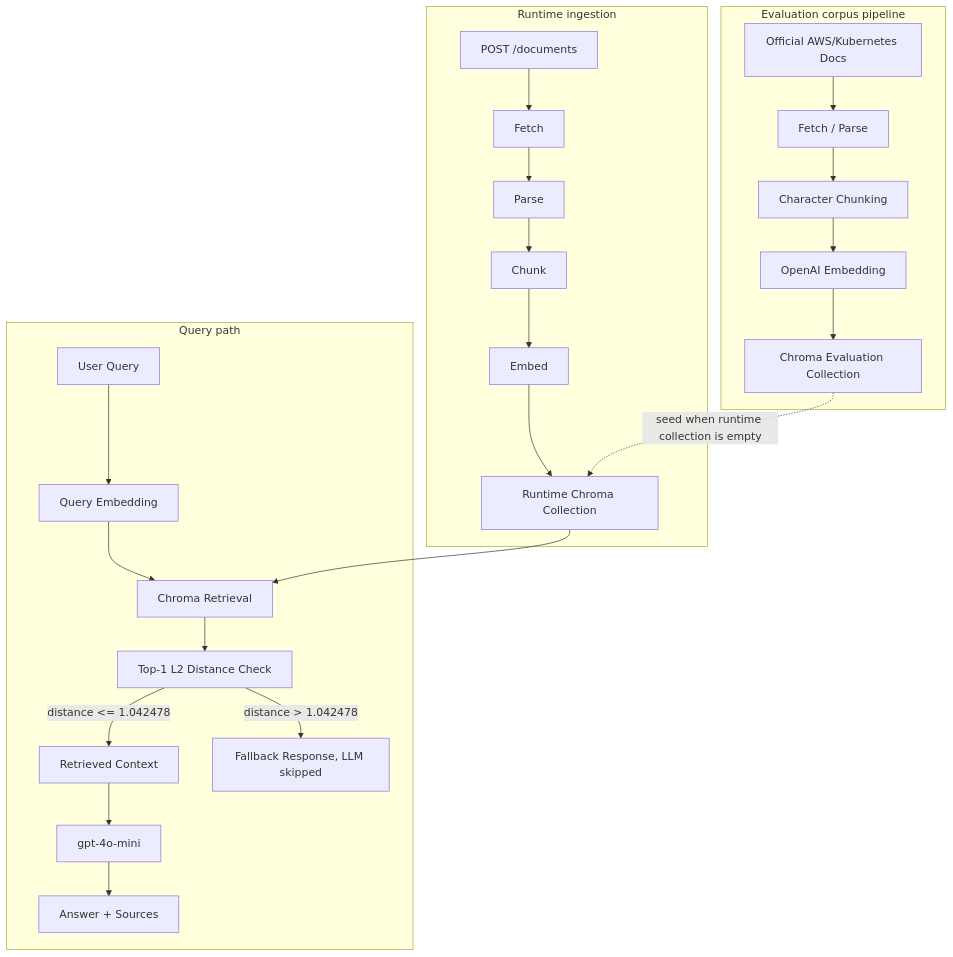
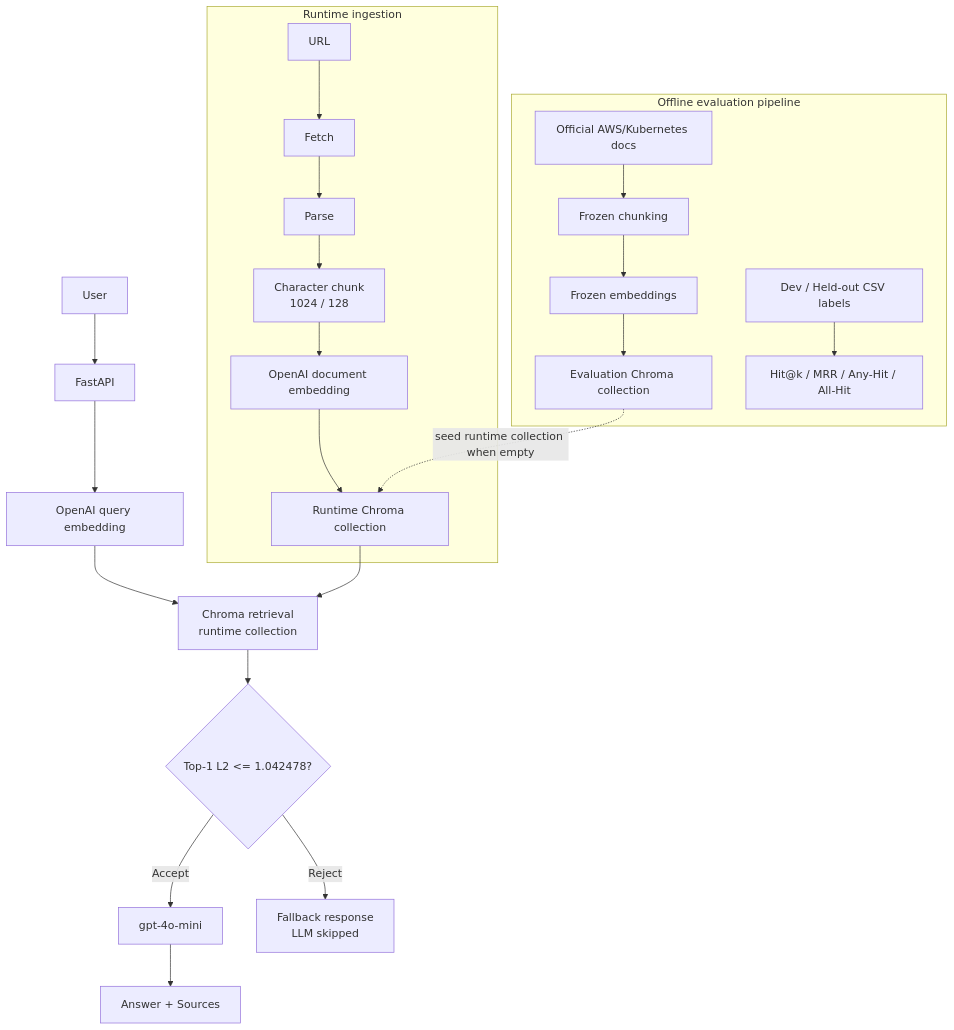
The diagram in README.md (andrewkimswe/cloudops-rag), drawn with Mermaid before and after one commit. The commit also changed other lines of this file and 1 other file, not shown here.

````diff
--- a/README.md
+++ b/README.md
@@ -92,30 +66,28 @@
 ```mermaid
 flowchart TD
-  subgraph Offline["Evaluation corpus pipeline"]
-    A["Official AWS/Kubernetes Docs"] --> B["Fetch / Parse"]
-    B --> C["Character Chunking"]
-    C --> D["OpenAI Embedding"]
-    D --> E["Chroma Evaluation Collection"]
+  User["User"] --> API["FastAPI"]
+  API --> QueryEmbed["OpenAI query embedding"]
+  QueryEmbed --> Retrieval["Chroma retrieval<br/>runtime collection"]
+  Retrieval --> Threshold{"Top-1 L2 <= 1.042478?"}
+  Threshold -->|Accept| LLM["gpt-4o-mini"]
+  LLM --> Answer["Answer + Sources"]
+  Threshold -->|Reject| Fallback["Fallback response<br/>LLM skipped"]
+
+  subgraph RuntimeIngestion["Runtime ingestion"]
+    URL["URL"] --> Fetch["Fetch"]
+    Fetch --> Parse["Parse"]
+    Parse --> Chunk["Character chunk<br/>1024 / 128"]
+    Chunk --> Embed["OpenAI document embedding"]
+    Embed --> RuntimeChroma["Runtime Chroma collection"]
   end
 
-  subgraph Query["Query path"]
-    Q["User Query"] --> QE["Query Embedding"]
-    QE --> R["Chroma Retrieval"]
-    R --> T["Top-1 L2 Distance Check"]
-    T -->|distance <= 1.042478| G["Retrieved Context"]
-    G --> L["gpt-4o-mini"]
-    L --> S["Answer + Sources"]
-    T -->|distance > 1.042478| F["Fallback Response, LLM skipped"]
+  subgraph EvaluationPipeline["Offline evaluation pipeline"]
+    Corpus["Official AWS/Kubernetes docs"] --> EvalChunk["Frozen chunking"]
+    EvalChunk --> EvalEmbed["Frozen embeddings"]
+    EvalEmbed --> EvalChroma["Evaluation Chroma collection"]
+    EvalSet["Dev / Held-out CSV labels"] --> Metrics["Hit@k / MRR / Any-Hit / All-Hit"]
   end
 
-  subgraph Runtime["Runtime ingestion"]
-    P["POST /documents"] --> RF["Fetch"]
-    RF --> RP["Parse"]
-    RP --> RC["Chunk"]
-    RC --> RE["Embed"]
-    RE --> RV["Runtime Chroma Collection"]
-  end
-
-  E -. "seed when runtime collection is empty" .-> RV
-  RV --> R
+  RuntimeChroma --> Retrieval
+  EvalChroma -. "seed runtime collection when empty" .-> RuntimeChroma
 ```
````
